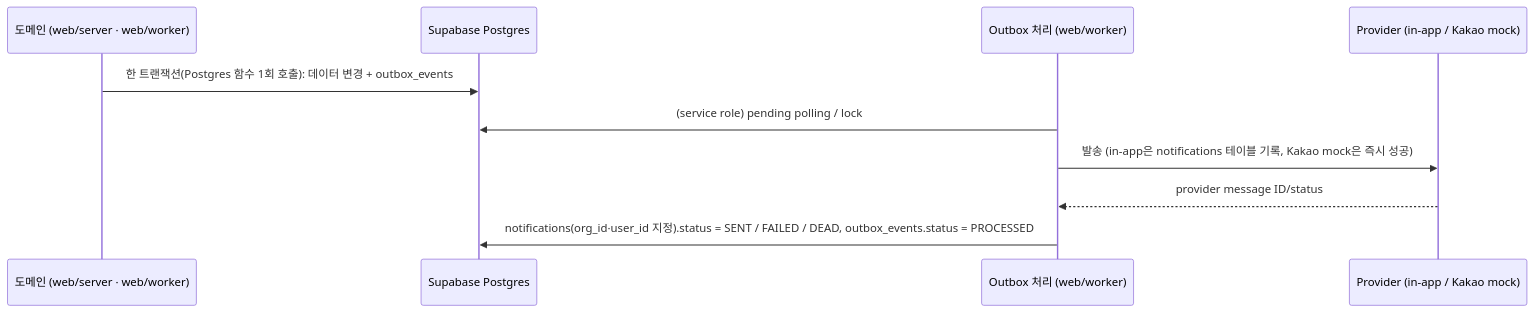
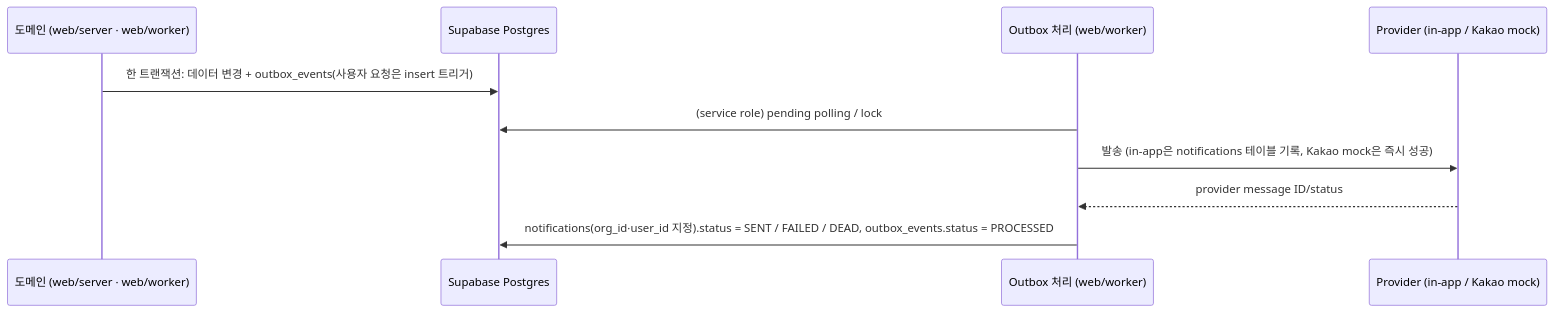
The diagram in docs/13-NOTIFICATIONS.md (solideoai/sol-radar), drawn with Mermaid before and after one commit. The commit also changed other lines of this file and 32 other files, not shown here.

````diff
--- a/docs/13-NOTIFICATIONS.md
+++ b/docs/13-NOTIFICATIONS.md
@@ -28,12 +28,12 @@
 ```mermaid
 sequenceDiagram
  participant D as 도메인 (web/server · web/worker)
  participant P as Supabase Postgres
  participant W as Outbox 처리 (web/worker)
  participant C as Provider (in-app / Kakao mock)
- D->>P: 한 트랜잭션(Postgres 함수 1회 호출): 데이터 변경 + outbox_events
+ D->>P: 한 트랜잭션: 데이터 변경 + outbox_events(사용자 요청은 insert 트리거)
  W->>P: (service role) pending polling / lock
  W->>C: 발송 (in-app은 notifications 테이블 기록, Kakao mock은 즉시 성공)
  C-->>W: provider message ID/status
  W->>P: notifications(org_id·user_id 지정).status = SENT / FAILED / DEAD, outbox_events.status = PROCESSED
 ```
````
